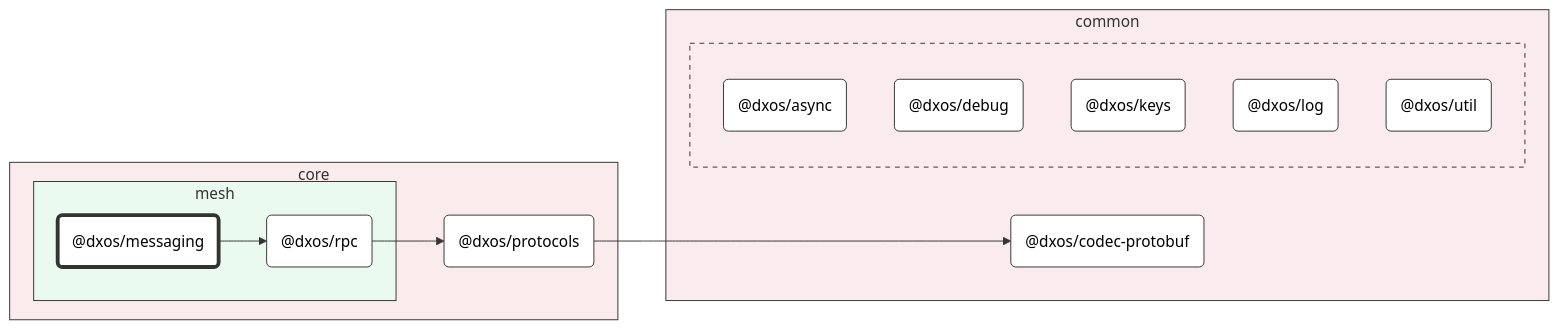
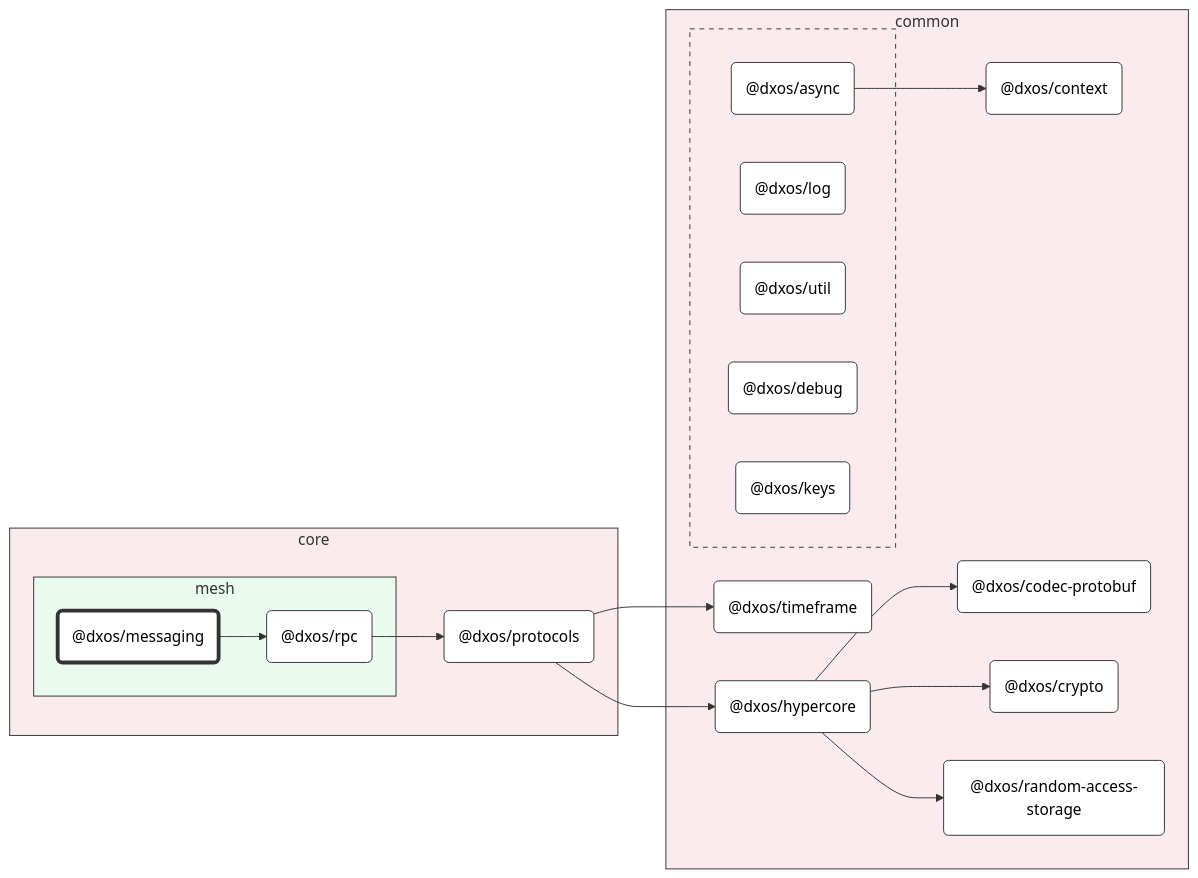
Before and after one commit to dxos/dxos: the diagram in packages/core/mesh/messaging/docs/README.md, drawn with Mermaid (forest theme). The commit also changed other lines of this file and 95 other files, not shown here.

Commit message:
Class diagrams.

````diff
--- a/packages/core/mesh/messaging/docs/README.md
+++ b/packages/core/mesh/messaging/docs/README.md
@@ -7,51 +7,66 @@
 ```mermaid
 %%{ init: {'flowchart':{'curve':'basis'}} }%%
 
 flowchart LR
 
 %% Classes
 classDef def fill:#fff,stroke:#333,stroke-width:1px
 classDef root fill:#fff,stroke:#333,stroke-width:4px
 
 %% Nodes
 
 subgraph core [core]
   style core fill:#faebec,stroke:#333
   dxos/protocols("@dxos/protocols"):::def
   click dxos/protocols "dxos/dxos/tree/main/packages/core/protocols/docs"
 
   subgraph mesh [mesh]
     style mesh fill:#ebfaef,stroke:#333
     dxos/messaging("@dxos/messaging"):::root
     click dxos/messaging "dxos/dxos/tree/main/packages/core/mesh/messaging/docs"
     dxos/rpc("@dxos/rpc"):::def
     click dxos/rpc "dxos/dxos/tree/main/packages/core/mesh/rpc/docs"
   end
 end
 
 subgraph common [common]
   style common fill:#faebee,stroke:#333
+  dxos/context("@dxos/context"):::def
+  click dxos/context "dxos/dxos/tree/main/packages/common/context/docs"
   dxos/codec-protobuf("@dxos/codec-protobuf"):::def
   click dxos/codec-protobuf "dxos/dxos/tree/main/packages/common/codec-protobuf/docs"
+  dxos/hypercore("@dxos/hypercore"):::def
+  click dxos/hypercore "dxos/dxos/tree/main/packages/common/hypercore/docs"
+  dxos/crypto("@dxos/crypto"):::def
+  click dxos/crypto "dxos/dxos/tree/main/packages/common/crypto/docs"
+  dxos/random-access-storage("@dxos/random-access-storage"):::def
+  click dxos/random-access-storage "dxos/dxos/tree/main/packages/common/random-access-storage/docs"
+  dxos/timeframe("@dxos/timeframe"):::def
+  click dxos/timeframe "dxos/dxos/tree/main/packages/common/timeframe/docs"
 
   subgraph _ [ ]
     style _ fill:#faebee,stroke:#333,stroke-dasharray:5 5
     dxos/async("@dxos/async"):::def
     click dxos/async "dxos/dxos/tree/main/packages/common/async/docs"
+    dxos/log("@dxos/log"):::def
+    click dxos/log "dxos/dxos/tree/main/packages/common/log/docs"
+    dxos/util("@dxos/util"):::def
+    click dxos/util "dxos/dxos/tree/main/packages/common/util/docs"
     dxos/debug("@dxos/debug"):::def
     click dxos/debug "dxos/dxos/tree/main/packages/common/debug/docs"
     dxos/keys("@dxos/keys"):::def
     click dxos/keys "dxos/dxos/tree/main/packages/common/keys/docs"
-    dxos/log("@dxos/log"):::def
-    click dxos/log "dxos/dxos/tree/main/packages/common/log/docs"
-    dxos/util("@dxos/util"):::def
-    click dxos/util "dxos/dxos/tree/main/packages/common/util/docs"
   end
 end
 
 %% Links
 linkStyle default stroke:#333,stroke-width:1px
-dxos/protocols --> dxos/codec-protobuf
+dxos/async --> dxos/context
+dxos/protocols --> dxos/hypercore
+dxos/hypercore --> dxos/codec-protobuf
+dxos/hypercore --> dxos/crypto
+dxos/hypercore --> dxos/random-access-storage
+dxos/protocols --> dxos/timeframe
 dxos/messaging --> dxos/rpc
 dxos/rpc --> dxos/protocols
 ```
````
